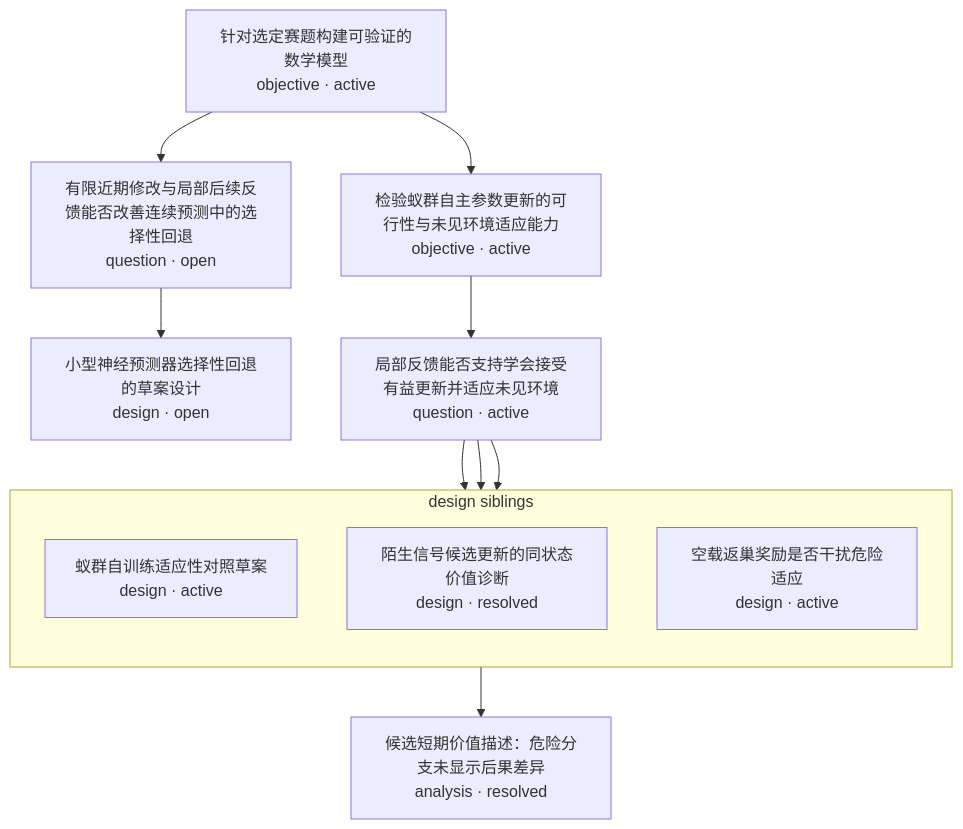
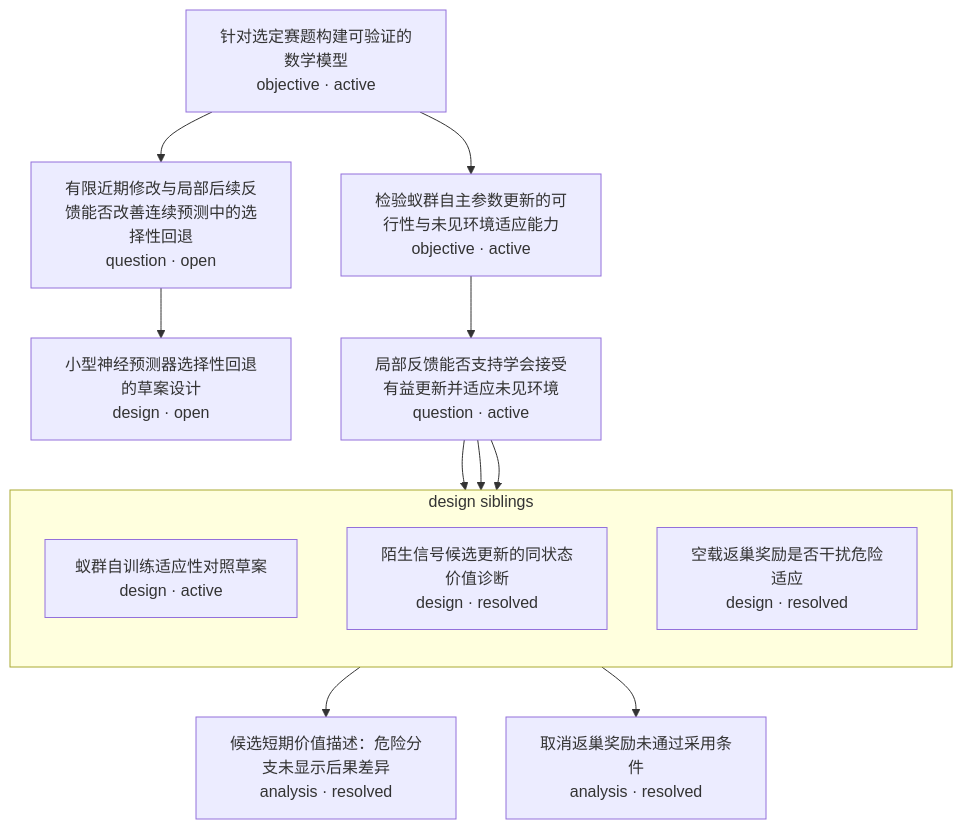
Before and after one commit to Akira-TL/Antomony: the diagram in research-tree/README.md, drawn with Mermaid. The commit also changed other lines of this file and 7 other files, not shown here.

````diff
--- a/research-tree/README.md
+++ b/research-tree/README.md
@@ -5,23 +5,25 @@
 ```mermaid
 flowchart TD
     N1["针对选定赛题构建可验证的数学模型<br/>objective · active"]
     N2["有限近期修改与局部后续反馈能否改善连续预测中的选择性回退<br/>question · open"]
     N3["小型神经预测器选择性回退的草案设计<br/>design · open"]
     N4["检验蚁群自主参数更新的可行性与未见环境适应能力<br/>objective · active"]
     N5["局部反馈能否支持学会接受有益更新并适应未见环境<br/>question · active"]
     N8["候选短期价值描述：危险分支未显示后果差异<br/>analysis · resolved"]
+    N10["取消返巢奖励未通过采用条件<br/>analysis · resolved"]
     subgraph G5_design["design siblings"]
         direction TB
         N6["蚁群自训练适应性对照草案<br/>design · active"]
         N7["陌生信号候选更新的同状态价值诊断<br/>design · resolved"]
-        N9["空载返巢奖励是否干扰危险适应<br/>design · active"]
+        N9["空载返巢奖励是否干扰危险适应<br/>design · resolved"]
     end
     N1 --> N2
     N2 --> N3
     N1 --> N4
     N4 --> N5
     N5 --> N6
     N5 --> N7
     N7 --> N8
     N5 --> N9
+    N9 --> N10
 ```
````
